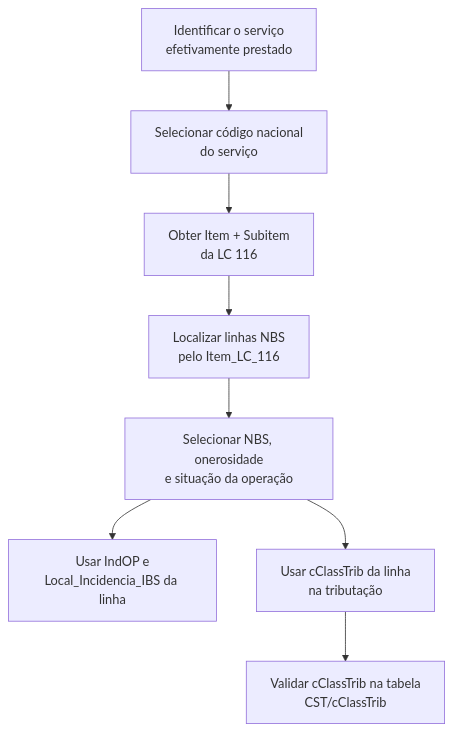
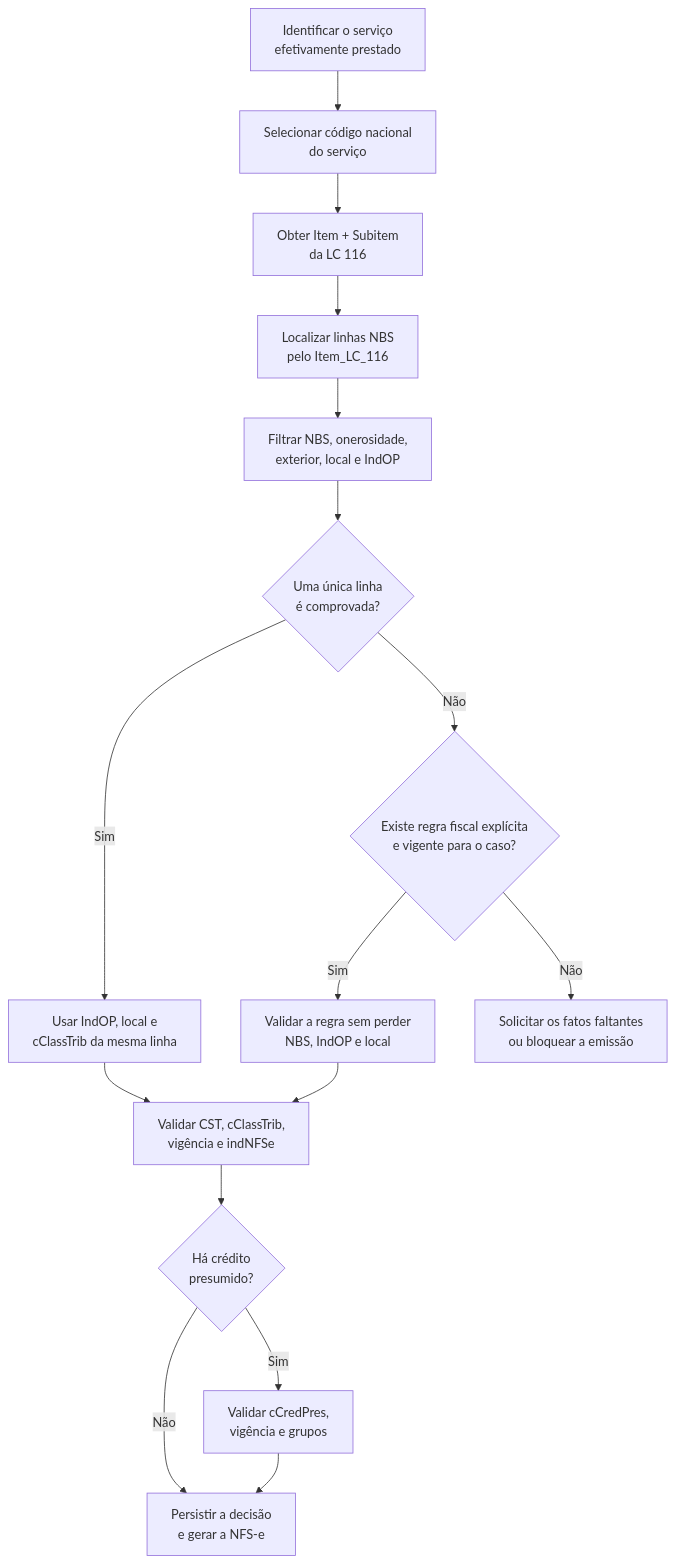
One commit to Unimake/Uninfe changed the diagram in docs/referencias/reforma-tributaria-nfse.md. Above: the diagram before and after it, drawn with Mermaid. The commit also changed other lines of this file and 4 other files, not shown here.

````diff
--- a/docs/referencias/reforma-tributaria-nfse.md
+++ b/docs/referencias/reforma-tributaria-nfse.md
@@ -43,11 +48,19 @@
 ```mermaid
 %%{init: {"flowchart": {"useMaxWidth": false}} }%%
 flowchart TD
     A["Identificar o serviço<br/>efetivamente prestado"] --> B["Selecionar código nacional<br/>do serviço"]
     B --> C["Obter Item + Subitem<br/>da LC 116"]
     C --> D["Localizar linhas NBS<br/>pelo Item_LC_116"]
-    D --> E["Selecionar NBS, onerosidade<br/>e situação da operação"]
-    E --> F["Usar IndOP e<br/>Local_Incidencia_IBS da linha"]
-    E --> G["Usar cClassTrib da linha<br/>na tributação"]
-    G --> H["Validar cClassTrib na tabela<br/>CST/cClassTrib"]
+    D --> E["Filtrar NBS, onerosidade,<br/>exterior, local e IndOP"]
+    E --> F{"Uma única linha<br/>é comprovada?"}
+    F -- "Sim" --> G["Usar IndOP, local e<br/>cClassTrib da mesma linha"]
+    F -- "Não" --> H{"Existe regra fiscal explícita<br/>e vigente para o caso?"}
+    H -- "Sim" --> I["Validar a regra sem perder<br/>NBS, IndOP e local"]
+    H -- "Não" --> J["Solicitar os fatos faltantes<br/>ou bloquear a emissão"]
+    G --> K["Validar CST, cClassTrib,<br/>vigência e indNFSe"]
+    I --> K
+    K --> L{"Há crédito<br/>presumido?"}
+    L -- "Sim" --> M["Validar cCredPres,<br/>vigência e grupos"]
+    L -- "Não" --> N["Persistir a decisão<br/>e gerar a NFS-e"]
+    M --> N
 ```
````
